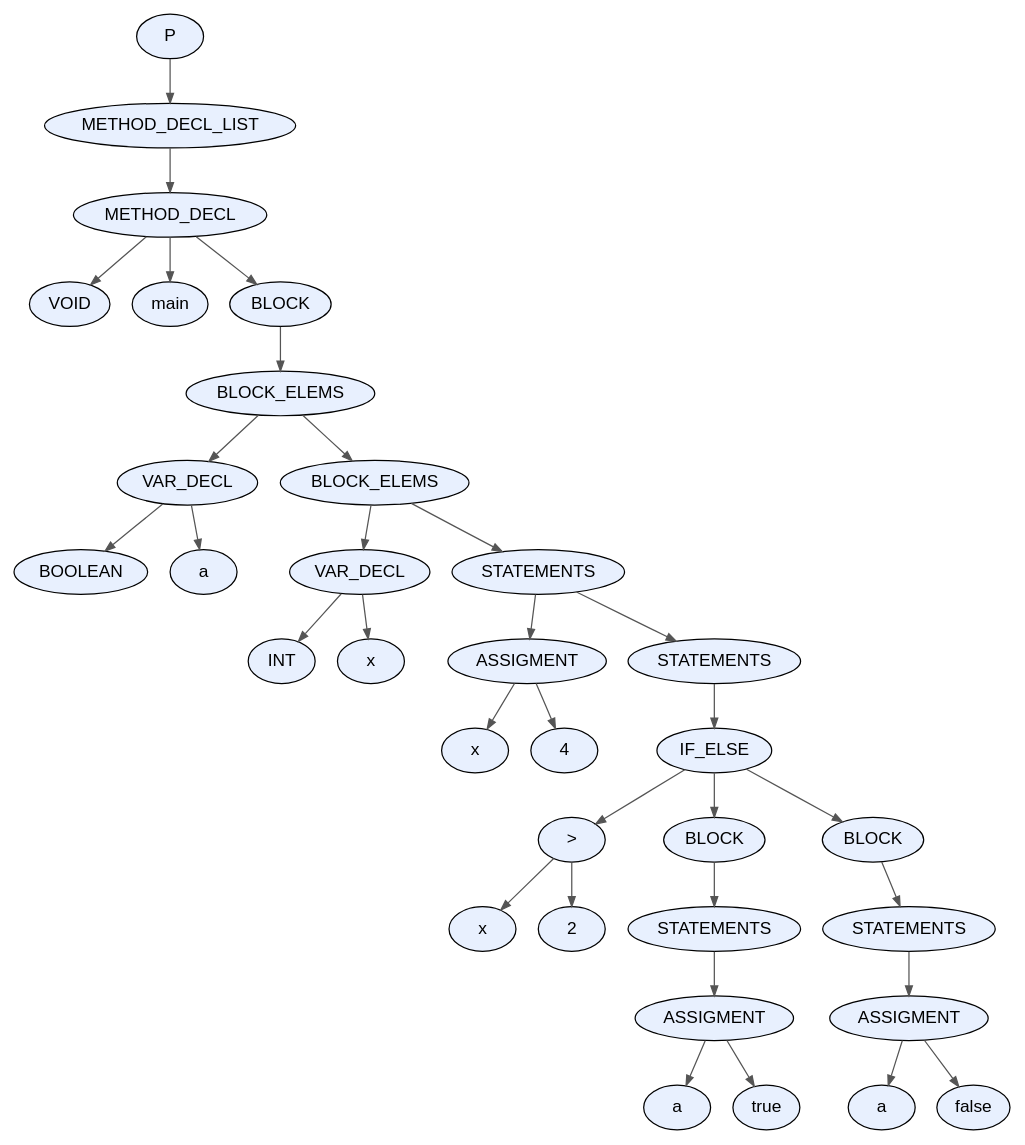
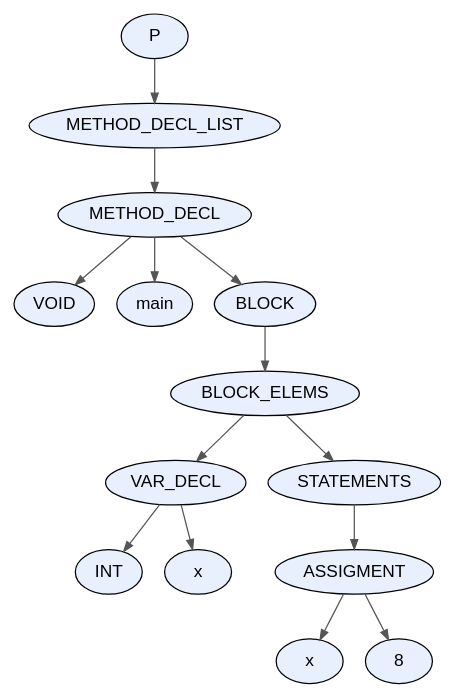
Before and after one commit to facundo-dario-loser/TDS2026: the diagram in proyecto/dot_files/test6.dot, drawn with Graphviz. The commit also changed 64 other files, not shown here.

```diff
--- a/proyecto/dot_files/test6.dot
+++ b/proyecto/dot_files/test6.dot
@@ -1,69 +1,31 @@
 digraph AST {
   node [fontname="Arial"];
   edge [arrowsize=0.8, color="#555555"];
-  "node_0x5b59608194e0" [label="P", style=filled, fillcolor="#E8F0FE", shape=ellipse, style="rounded,filled"];
-  "node_0x5b59608194e0" -> "node_0x5b5960819490";
-  "node_0x5b5960819490" [label="METHOD_DECL_LIST", style=filled, fillcolor="#E8F0FE", shape=ellipse, style="rounded,filled"];
-  "node_0x5b5960819490" -> "node_0x5b5960819440";
-  "node_0x5b5960819440" [label="METHOD_DECL", style=filled, fillcolor="#E8F0FE", shape=ellipse, style="rounded,filled"];
-  "node_0x5b5960819440" -> "node_0x5b5960819380";
-  "node_0x5b5960819380" [label="VOID", style=filled, fillcolor="#E8F0FE", shape=ellipse, style="rounded,filled"];
-  "node_0x5b5960819440" -> "node_0x5b59608193d0";
-  "node_0x5b59608193d0" [label="main", style=filled, fillcolor="#E8F0FE", shape=ellipse, style="rounded,filled"];
-  "node_0x5b5960819440" -> "node_0x5b5960819330";
-  "node_0x5b5960819330" [label="BLOCK", style=filled, fillcolor="#E8F0FE", shape=ellipse, style="rounded,filled"];
-  "node_0x5b5960819330" -> "node_0x5b59608192e0";
-  "node_0x5b59608192e0" [label="BLOCK_ELEMS", style=filled, fillcolor="#E8F0FE", shape=ellipse, style="rounded,filled"];
-  "node_0x5b59608192e0" -> "node_0x5b5960818a20";
-  "node_0x5b5960818a20" [label="VAR_DECL", style=filled, fillcolor="#E8F0FE", shape=ellipse, style="rounded,filled"];
-  "node_0x5b5960818a20" -> "node_0x5b5960818940";
-  "node_0x5b5960818940" [label="BOOLEAN", style=filled, fillcolor="#E8F0FE", shape=ellipse, style="rounded,filled"];
-  "node_0x5b5960818a20" -> "node_0x5b59608189b0";
-  "node_0x5b59608189b0" [label="a", style=filled, fillcolor="#E8F0FE", shape=ellipse, style="rounded,filled"];
-  "node_0x5b59608192e0" -> "node_0x5b5960819290";
-  "node_0x5b5960819290" [label="BLOCK_ELEMS", style=filled, fillcolor="#E8F0FE", shape=ellipse, style="rounded,filled"];
-  "node_0x5b5960819290" -> "node_0x5b5960818b50";
-  "node_0x5b5960818b50" [label="VAR_DECL", style=filled, fillcolor="#E8F0FE", shape=ellipse, style="rounded,filled"];
-  "node_0x5b5960818b50" -> "node_0x5b5960818a70";
-  "node_0x5b5960818a70" [label="INT", style=filled, fillcolor="#E8F0FE", shape=ellipse, style="rounded,filled"];
-  "node_0x5b5960818b50" -> "node_0x5b5960818ae0";
-  "node_0x5b5960818ae0" [label="x", style=filled, fillcolor="#E8F0FE", shape=ellipse, style="rounded,filled"];
-  "node_0x5b5960819290" -> "node_0x5b5960819240";
-  "node_0x5b5960819240" [label="STATEMENTS", style=filled, fillcolor="#E8F0FE", shape=ellipse, style="rounded,filled"];
-  "node_0x5b5960819240" -> "node_0x5b5960818c80";
-  "node_0x5b5960818c80" [label="ASSIGMENT", style=filled, fillcolor="#E8F0FE", shape=ellipse, style="rounded,filled"];
-  "node_0x5b5960818c80" -> "node_0x5b5960818c10";
-  "node_0x5b5960818c10" [label="x", style=filled, fillcolor="#E8F0FE", shape=ellipse, style="rounded,filled"];
-  "node_0x5b5960818c80" -> "node_0x5b5960818bc0";
-  "node_0x5b5960818bc0" [label="4", style=filled, fillcolor="#E8F0FE", shape=ellipse, style="rounded,filled"];
-  "node_0x5b5960819240" -> "node_0x5b59608191f0";
-  "node_0x5b59608191f0" [label="STATEMENTS", style=filled, fillcolor="#E8F0FE", shape=ellipse, style="rounded,filled"];
-  "node_0x5b59608191f0" -> "node_0x5b59608191a0";
-  "node_0x5b59608191a0" [label="IF_ELSE", style=filled, fillcolor="#E8F0FE", shape=ellipse, style="rounded,filled"];
-  "node_0x5b59608191a0" -> "node_0x5b5960818db0";
-  "node_0x5b5960818db0" [label=">", style=filled, fillcolor="#E8F0FE", shape=ellipse, style="rounded,filled"];
-  "node_0x5b5960818db0" -> "node_0x5b5960818cf0";
-  "node_0x5b5960818cf0" [label="x", style=filled, fillcolor="#E8F0FE", shape=ellipse, style="rounded,filled"];
-  "node_0x5b5960818db0" -> "node_0x5b5960818d60";
-  "node_0x5b5960818d60" [label="2", style=filled, fillcolor="#E8F0FE", shape=ellipse, style="rounded,filled"];
-  "node_0x5b59608191a0" -> "node_0x5b5960818f80";
-  "node_0x5b5960818f80" [label="BLOCK", style=filled, fillcolor="#E8F0FE", shape=ellipse, style="rounded,filled"];
-  "node_0x5b5960818f80" -> "node_0x5b5960818f30";
-  "node_0x5b5960818f30" [label="STATEMENTS", style=filled, fillcolor="#E8F0FE", shape=ellipse, style="rounded,filled"];
-  "node_0x5b5960818f30" -> "node_0x5b5960818ee0";
-  "node_0x5b5960818ee0" [label="ASSIGMENT", style=filled, fillcolor="#E8F0FE", shape=ellipse, style="rounded,filled"];
-  "node_0x5b5960818ee0" -> "node_0x5b5960818e70";
-  "node_0x5b5960818e70" [label="a", style=filled, fillcolor="#E8F0FE", shape=ellipse, style="rounded,filled"];
-  "node_0x5b5960818ee0" -> "node_0x5b5960818e20";
-  "node_0x5b5960818e20" [label="true", style=filled, fillcolor="#E8F0FE", shape=ellipse, style="rounded,filled"];
-  "node_0x5b59608191a0" -> "node_0x5b5960819150";
-  "node_0x5b5960819150" [label="BLOCK", style=filled, fillcolor="#E8F0FE", shape=ellipse, style="rounded,filled"];
-  "node_0x5b5960819150" -> "node_0x5b5960819100";
-  "node_0x5b5960819100" [label="STATEMENTS", style=filled, fillcolor="#E8F0FE", shape=ellipse, style="rounded,filled"];
-  "node_0x5b5960819100" -> "node_0x5b59608190b0";
-  "node_0x5b59608190b0" [label="ASSIGMENT", style=filled, fillcolor="#E8F0FE", shape=ellipse, style="rounded,filled"];
-  "node_0x5b59608190b0" -> "node_0x5b5960819040";
-  "node_0x5b5960819040" [label="a", style=filled, fillcolor="#E8F0FE", shape=ellipse, style="rounded,filled"];
-  "node_0x5b59608190b0" -> "node_0x5b5960818ff0";
-  "node_0x5b5960818ff0" [label="false", style=filled, fillcolor="#E8F0FE", shape=ellipse, style="rounded,filled"];
+  "node_0x5cebbe91cbe0" [label="P", style=filled, fillcolor="#E8F0FE", shape=ellipse, style="rounded,filled"];
+  "node_0x5cebbe91cbe0" -> "node_0x5cebbe91cb90";
+  "node_0x5cebbe91cb90" [label="METHOD_DECL_LIST", style=filled, fillcolor="#E8F0FE", shape=ellipse, style="rounded,filled"];
+  "node_0x5cebbe91cb90" -> "node_0x5cebbe91cb40";
+  "node_0x5cebbe91cb40" [label="METHOD_DECL", style=filled, fillcolor="#E8F0FE", shape=ellipse, style="rounded,filled"];
+  "node_0x5cebbe91cb40" -> "node_0x5cebbe91ca80";
+  "node_0x5cebbe91ca80" [label="VOID", style=filled, fillcolor="#E8F0FE", shape=ellipse, style="rounded,filled"];
+  "node_0x5cebbe91cb40" -> "node_0x5cebbe91cad0";
+  "node_0x5cebbe91cad0" [label="main", style=filled, fillcolor="#E8F0FE", shape=ellipse, style="rounded,filled"];
+  "node_0x5cebbe91cb40" -> "node_0x5cebbe91ca30";
+  "node_0x5cebbe91ca30" [label="BLOCK", style=filled, fillcolor="#E8F0FE", shape=ellipse, style="rounded,filled"];
+  "node_0x5cebbe91ca30" -> "node_0x5cebbe91c9e0";
+  "node_0x5cebbe91c9e0" [label="BLOCK_ELEMS", style=filled, fillcolor="#E8F0FE", shape=ellipse, style="rounded,filled"];
+  "node_0x5cebbe91c9e0" -> "node_0x5cebbe91c630";
+  "node_0x5cebbe91c630" [label="VAR_DECL", style=filled, fillcolor="#E8F0FE", shape=ellipse, style="rounded,filled"];
+  "node_0x5cebbe91c630" -> "node_0x5cebbe91c550";
+  "node_0x5cebbe91c550" [label="INT", style=filled, fillcolor="#E8F0FE", shape=ellipse, style="rounded,filled"];
+  "node_0x5cebbe91c630" -> "node_0x5cebbe91c5c0";
+  "node_0x5cebbe91c5c0" [label="x", style=filled, fillcolor="#E8F0FE", shape=ellipse, style="rounded,filled"];
+  "node_0x5cebbe91c9e0" -> "node_0x5cebbe91c990";
+  "node_0x5cebbe91c990" [label="STATEMENTS", style=filled, fillcolor="#E8F0FE", shape=ellipse, style="rounded,filled"];
+  "node_0x5cebbe91c990" -> "node_0x5cebbe91c940";
+  "node_0x5cebbe91c940" [label="ASSIGMENT", style=filled, fillcolor="#E8F0FE", shape=ellipse, style="rounded,filled"];
+  "node_0x5cebbe91c940" -> "node_0x5cebbe91c8d0";
+  "node_0x5cebbe91c8d0" [label="x", style=filled, fillcolor="#E8F0FE", shape=ellipse, style="rounded,filled"];
+  "node_0x5cebbe91c940" -> "node_0x5cebbe91c740";
+  "node_0x5cebbe91c740" [label="8", style=filled, fillcolor="#E8F0FE", shape=ellipse, style="rounded,filled"];
 }
```
